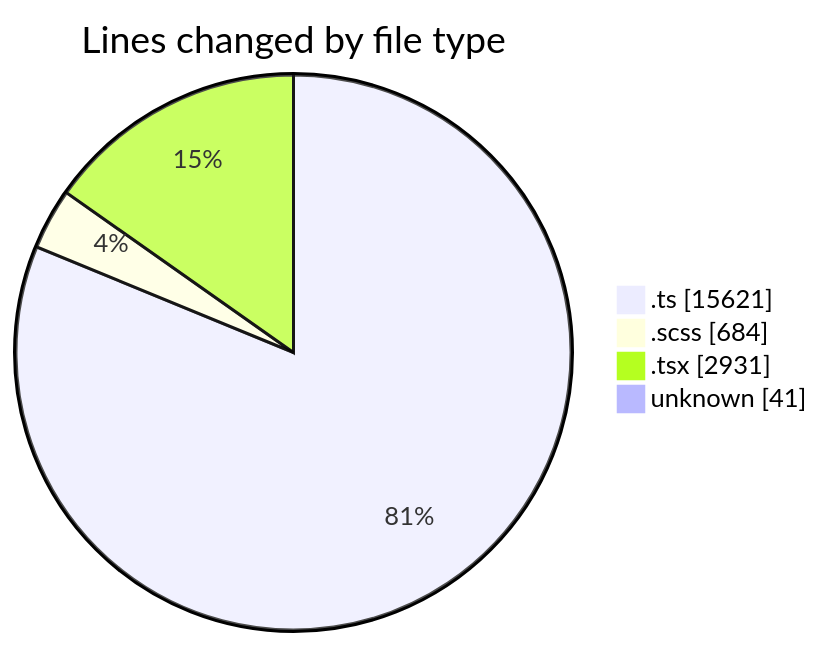
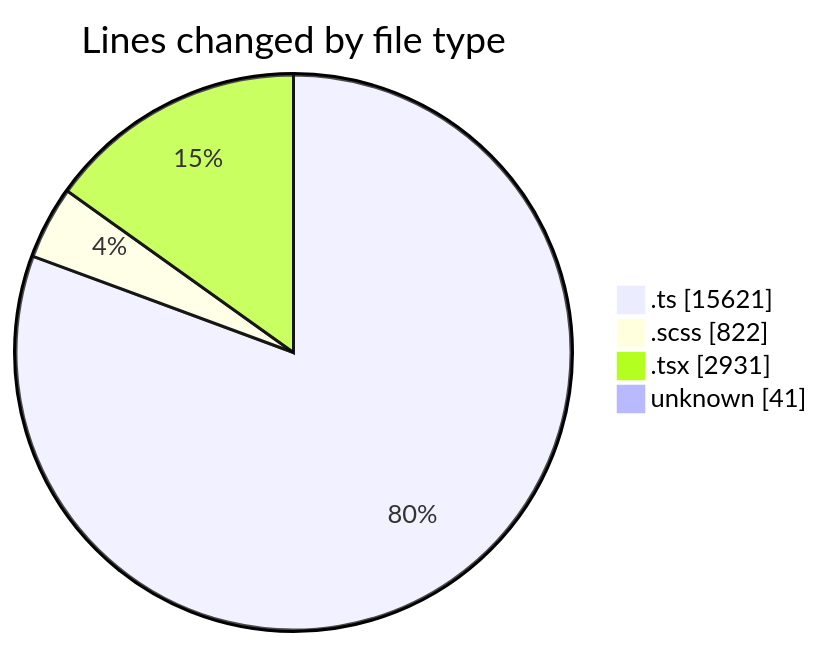
Before and after one commit to momahboobian/code-tracking: the first of 2 diagrams in 2025-08-27/cda/README.md, drawn with Mermaid. The commit also changed other lines of this file and 1 other file, not shown here.

````diff
--- a/2025-08-27/cda/README.md
+++ b/2025-08-27/cda/README.md
@@ -38,8 +38,8 @@
 ```mermaid
 pie showData
 title Lines changed by file type
 ".ts" : 15621
-".scss" : 684
+".scss" : 822
 ".tsx" : 2931
 "unknown" : 41
 ```
````
